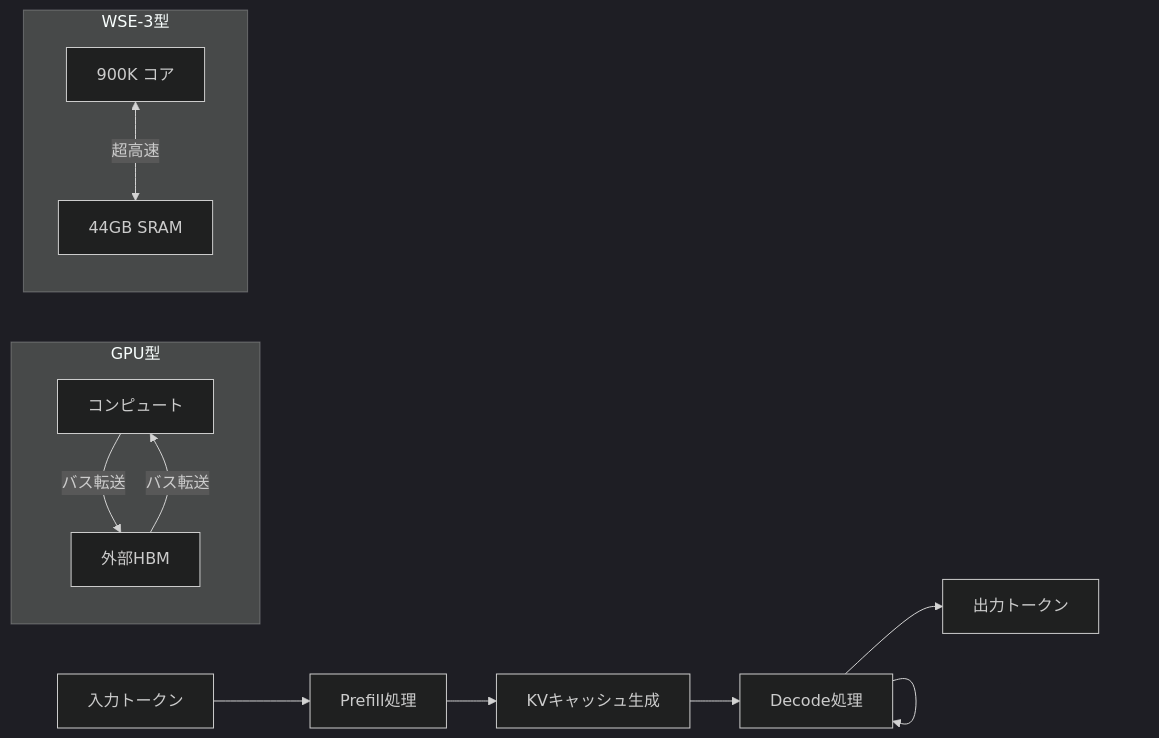
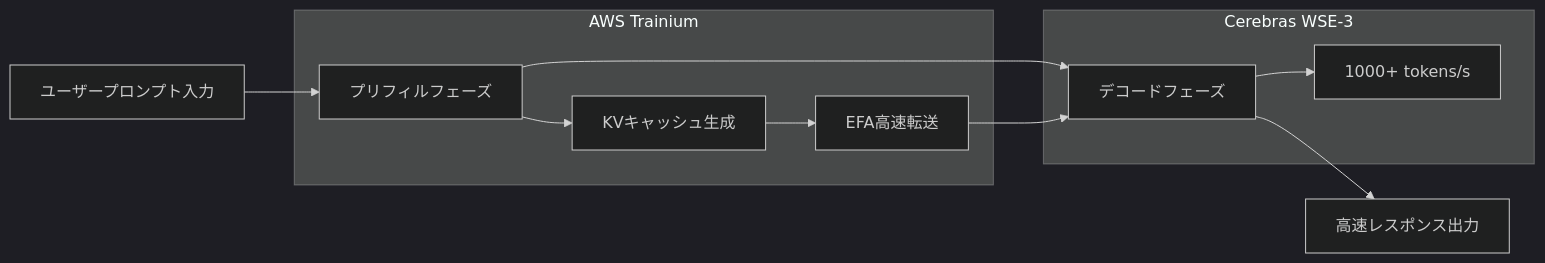
One commit to no-problem-dev/rick-brick-content changed the diagram in articles/2026-03-18-cerebras-openai-inference-acceleration.md. Above: the diagram before and after it, drawn with Mermaid (dark theme). The commit also changed other lines of this file and 14 other files, not shown here.

````diff
--- a/articles/2026-03-18-cerebras-openai-inference-acceleration.md
+++ b/articles/2026-03-18-cerebras-openai-inference-acceleration.md
@@ -61,17 +98,16 @@
 ```mermaid
 graph LR
-    A[入力トークン] --> B[Prefill処理]
-    B --> C[KVキャッシュ生成]
-    C --> D[Decode処理]
-    D --> E[出力トークン]
-    D --> D
+    A[ユーザープロンプト入力] --> B[プリフィルフェーズ]
+    B --> C[デコードフェーズ]
+    C --> D[高速レスポンス出力]
 
-    subgraph GPU型
-        F[コンピュート] -->|バス転送| G[外部HBM]
-        G -->|バス転送| F
+    subgraph AWS Trainium
+        B --> E[KVキャッシュ生成]
+        E --> F[EFA高速転送]
     end
 
-    subgraph WSE-3型
-        H[900K コア] <-->|超高速| I[44GB SRAM]
+    subgraph Cerebras WSE-3
+        F --> C
+        C --> G[1000+ tokens/s]
     end
 ```
````
